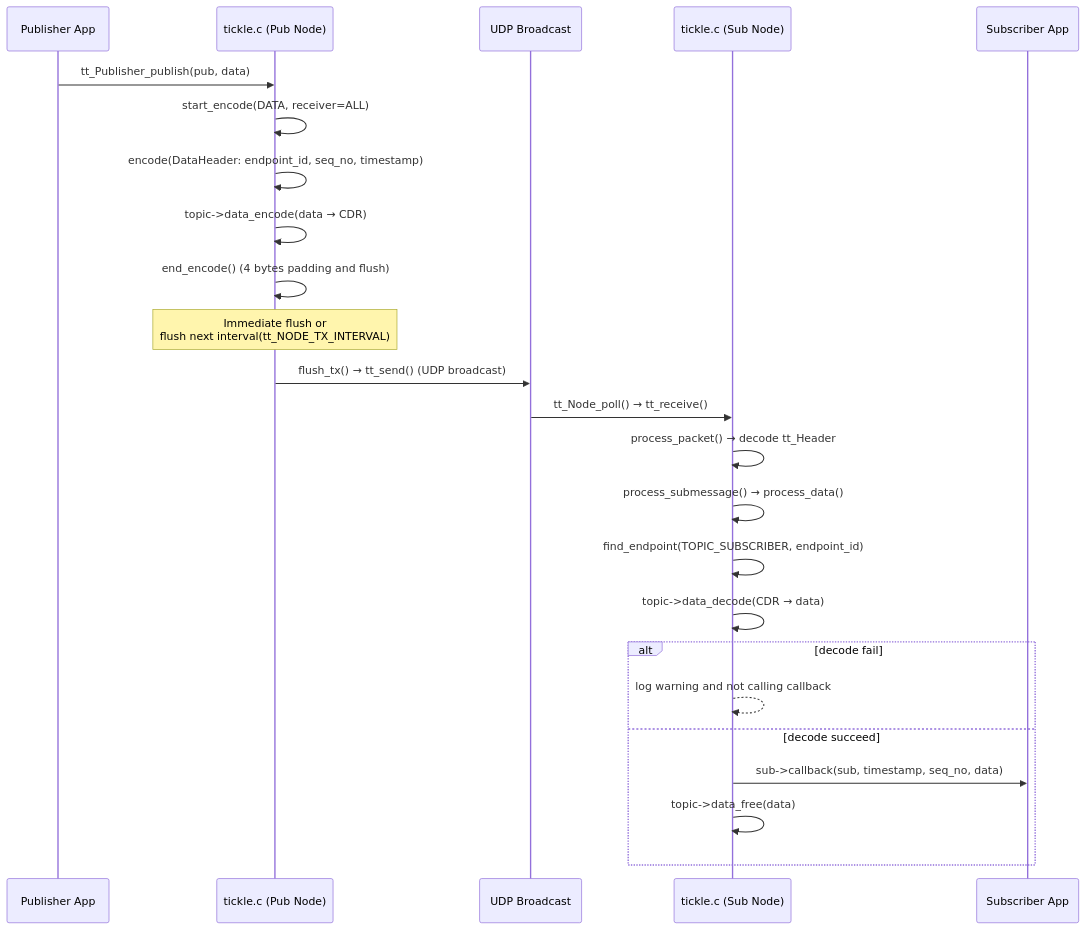
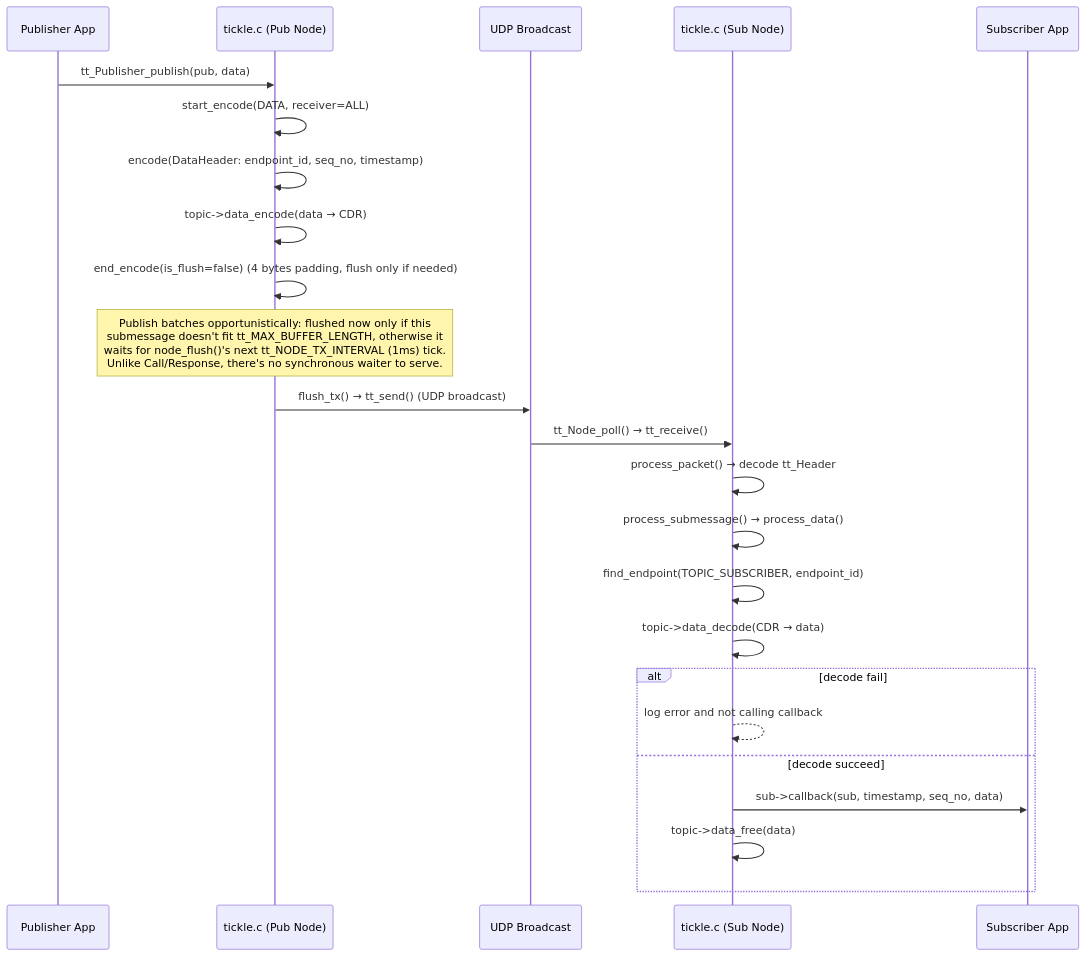
The third of 4 diagrams in DESIGN.md (tsnlab/tickle), drawn with Mermaid before and after one commit. The commit also changed other lines of this file and 1 other file, not shown here.

````diff
--- a/DESIGN.md
+++ b/DESIGN.md
@@ -184,28 +193,28 @@
 ```mermaid
 sequenceDiagram
     participant PubApp as Publisher App
     participant PubTickle as tickle.c (Pub Node)
     participant Net as UDP Broadcast
     participant SubTickle as tickle.c (Sub Node)
     participant SubApp as Subscriber App
 
     PubApp->>PubTickle: tt_Publisher_publish(pub, data)
     PubTickle->>PubTickle: start_encode(DATA, receiver=ALL)
     PubTickle->>PubTickle: encode(DataHeader: endpoint_id, seq_no, timestamp)
     PubTickle->>PubTickle: topic->data_encode(data → CDR)
-    PubTickle->>PubTickle: end_encode() (4 bytes padding and flush)
-    Note over PubTickle: Immediate flush or<br/>flush next interval(tt_NODE_TX_INTERVAL)
+    PubTickle->>PubTickle: end_encode(is_flush=false) (4 bytes padding, flush only if needed)
+    Note over PubTickle: Publish batches opportunistically: flushed now only if this<br/>submessage doesn't fit tt_MAX_BUFFER_LENGTH, otherwise it<br/>waits for node_flush()'s next tt_NODE_TX_INTERVAL (1ms) tick.<br/>Unlike Call/Response, there's no synchronous waiter to serve.
     PubTickle->>Net: flush_tx() → tt_send() (UDP broadcast)
 
     Net->>SubTickle: tt_Node_poll() → tt_receive()
     SubTickle->>SubTickle: process_packet() → decode tt_Header
     SubTickle->>SubTickle: process_submessage() → process_data()
     SubTickle->>SubTickle: find_endpoint(TOPIC_SUBSCRIBER, endpoint_id)
     SubTickle->>SubTickle: topic->data_decode(CDR → data)
     alt decode fail
-        SubTickle-->>SubTickle: log warning and not calling callback
+        SubTickle-->>SubTickle: log error and not calling callback
     else decode succeed
         SubTickle->>SubApp: sub->callback(sub, timestamp, seq_no, data)
         SubTickle->>SubTickle: topic->data_free(data)
     end
 ```
````
